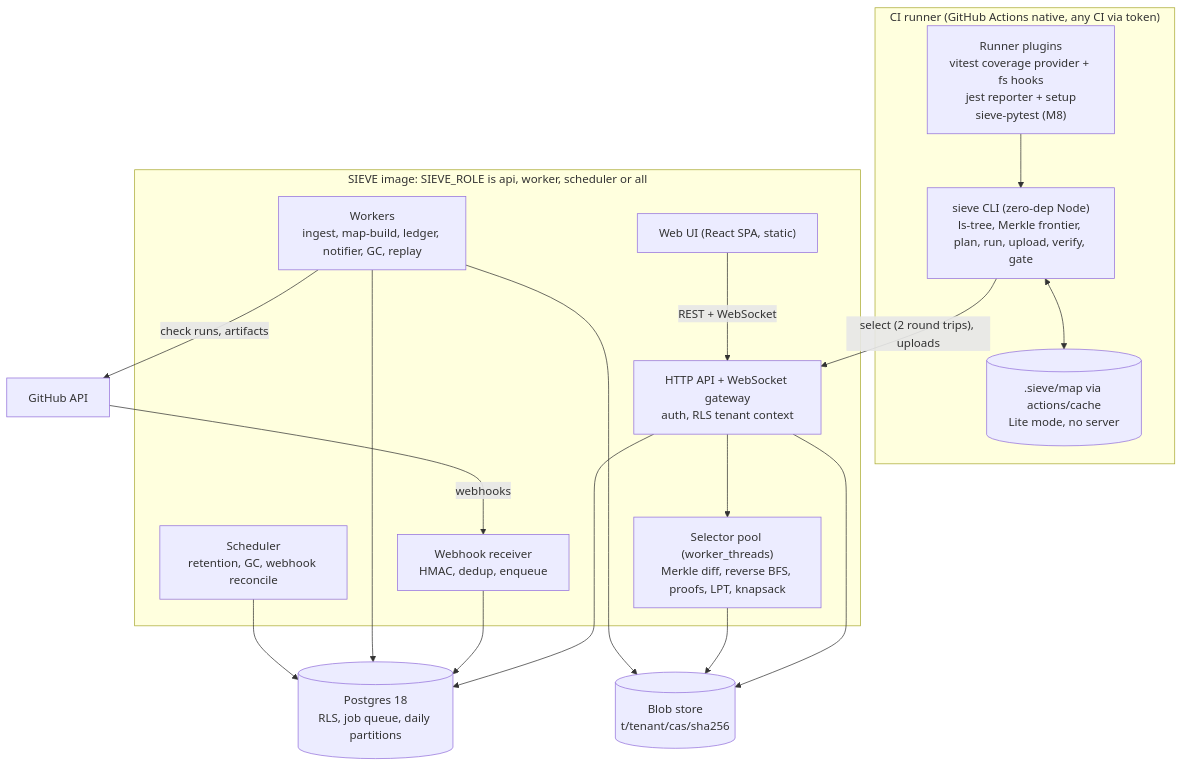
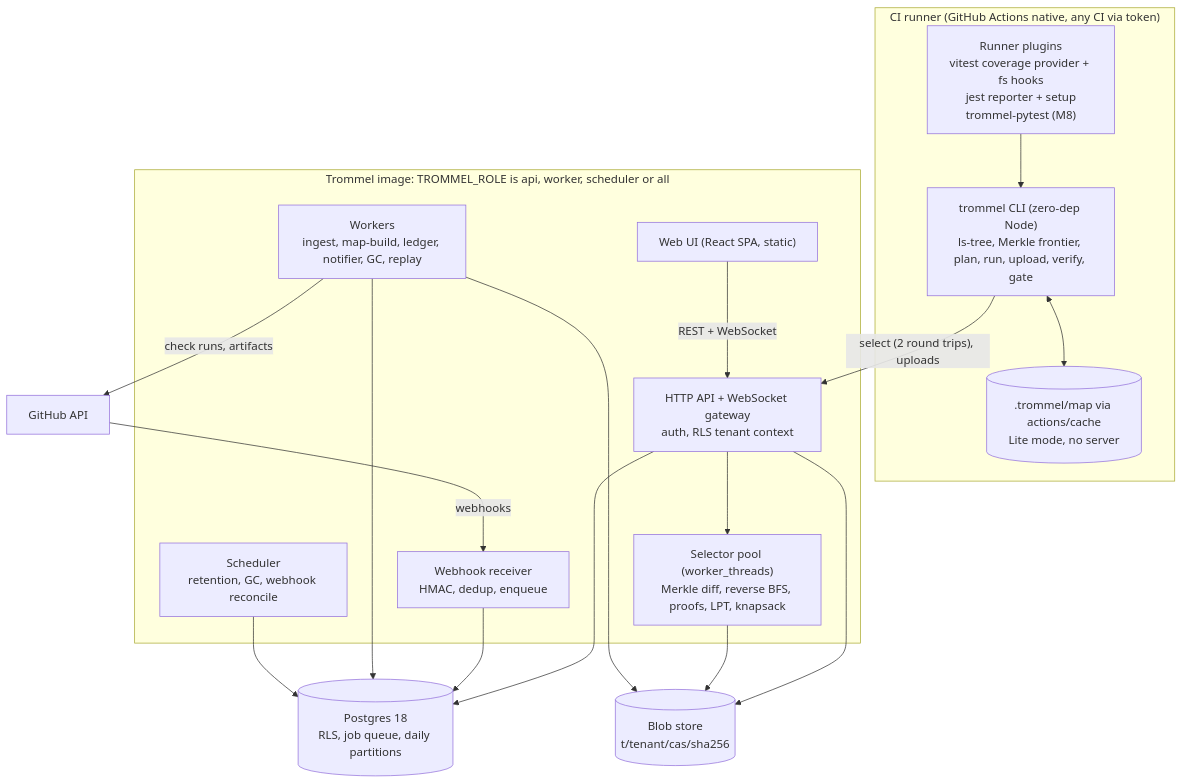
Before and after one commit to ojassug/sieve: the second of 10 diagrams in docs/architecture.md, drawn with Mermaid. The commit also changed other lines of this file and 82 other files, not shown here.

First line of the commit message:
refactor: rename SIEVE to Trommel (DECISIONS 30)

````diff
--- a/docs/architecture.md
+++ b/docs/architecture.md
@@ -144,33 +144,33 @@
 ```mermaid
 flowchart TB
   subgraph RUNNER["CI runner (GitHub Actions native, any CI via token)"]
-    cli["sieve CLI (zero-dep Node)<br/>ls-tree, Merkle frontier, plan, run, upload, verify, gate"]
-    plug["Runner plugins<br/>vitest coverage provider + fs hooks<br/>jest reporter + setup<br/>sieve-pytest (M8)"]
-    lite[(".sieve/map via actions/cache<br/>Lite mode, no server")]
+    cli["trommel CLI (zero-dep Node)<br/>ls-tree, Merkle frontier, plan, run, upload, verify, gate"]
+    plug["Runner plugins<br/>vitest coverage provider + fs hooks<br/>jest reporter + setup<br/>trommel-pytest (M8)"]
+    lite[(".trommel/map via actions/cache<br/>Lite mode, no server")]
   end
-  subgraph IMG["SIEVE image: SIEVE_ROLE is api, worker, scheduler or all"]
+  subgraph IMG["Trommel image: TROMMEL_ROLE is api, worker, scheduler or all"]
     api["HTTP API + WebSocket gateway<br/>auth, RLS tenant context"]
     hooks["Webhook receiver<br/>HMAC, dedup, enqueue"]
     sel["Selector pool (worker_threads)<br/>Merkle diff, reverse BFS, proofs, LPT, knapsack"]
     wk["Workers<br/>ingest, map-build, ledger, notifier, GC, replay"]
     sch["Scheduler<br/>retention, GC, webhook reconcile"]
     ui["Web UI (React SPA, static)"]
   end
   pg[("Postgres 18<br/>RLS, job queue, daily partitions")]
   blob[("Blob store<br/>t/tenant/cas/sha256")]
   gh["GitHub API"]
   plug --> cli
   cli <--> lite
   cli -->|"select (2 round trips), uploads"| api
   api --> sel
   api --> pg
   api --> blob
   sel --> blob
   hooks --> pg
   wk --> pg
   wk --> blob
   sch --> pg
   wk -->|"check runs, artifacts"| gh
   gh -->|"webhooks"| hooks
   ui -->|"REST + WebSocket"| api
 ```
````
